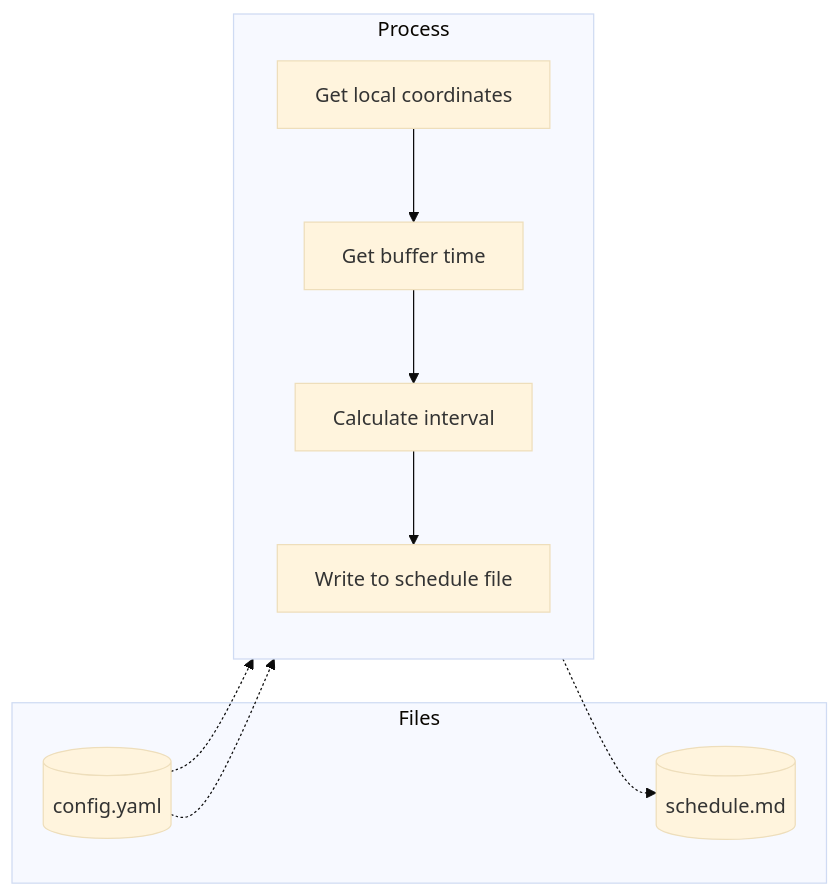
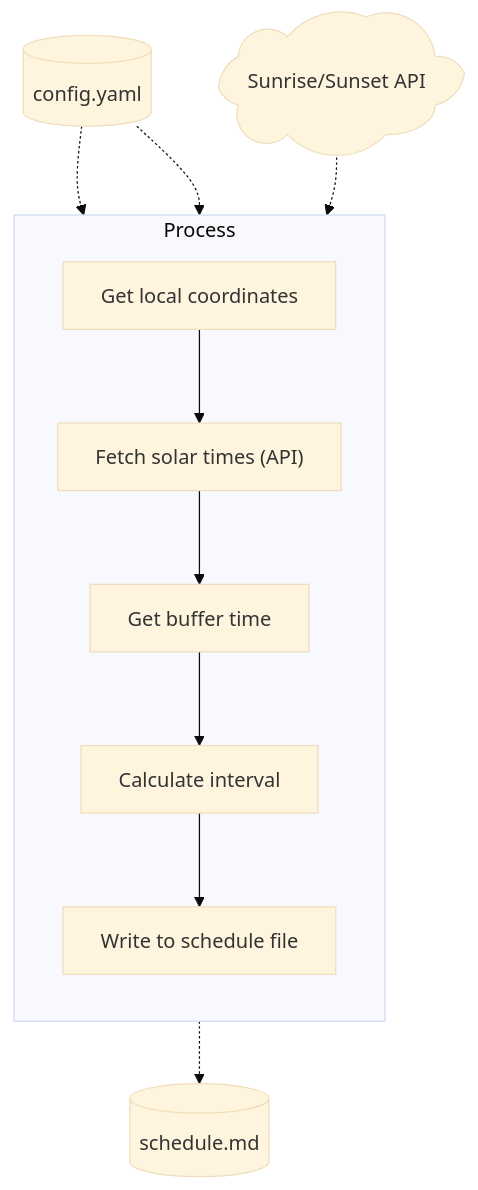
The fifth of 5 diagrams in README.md (jackwaddington/smart-timelapse-pipeline), drawn with Mermaid (base theme) before and after one commit.

Commit message:
readme mermaid update

````diff
--- a/README.md
+++ b/README.md
@@ -72,26 +72,31 @@
 ```mermaid
-graph LR
-    subgraph Files
-        Config[("config.yaml")]
-        Schedule[("schedule.md")]
-    end
+flowchart TD
+    %% Define Data Sources
+    Config[("config.yaml")]
+    SunAPI@{ shape: cloud, label: "Sunrise/Sunset API" }
 
     subgraph Process [Process]
         direction TB
         Step1["Get local coordinates"]
-        Step2["Get buffer time"]
-        Step3["Calculate interval"]
-        Step4["Write to schedule file"]
+        Step2["Fetch solar times (API)"]
+        Step3["Get buffer time"]
+        Step4["Calculate interval"]
+        Step5["Write to schedule file"]
         
         Step1 --> Step2
         Step2 --> Step3
         Step3 --> Step4
+        Step4 --> Step5
     end
 
-    %% Config points into the specific processes that use it
+    %% Define the Final Output
+    Schedule[("schedule.md")]
+
+    %% Connections from outside into the process
     Config -.-> Step1
-    Config -.-> Step2
+    Config -.-> Step3
+    SunAPI -.-> Step2
     
-    %% Output to the schedule file
-    Step4 -.-> Schedule
+    %% Final output connection
+    Step5 -.-> Schedule
 ```
````
